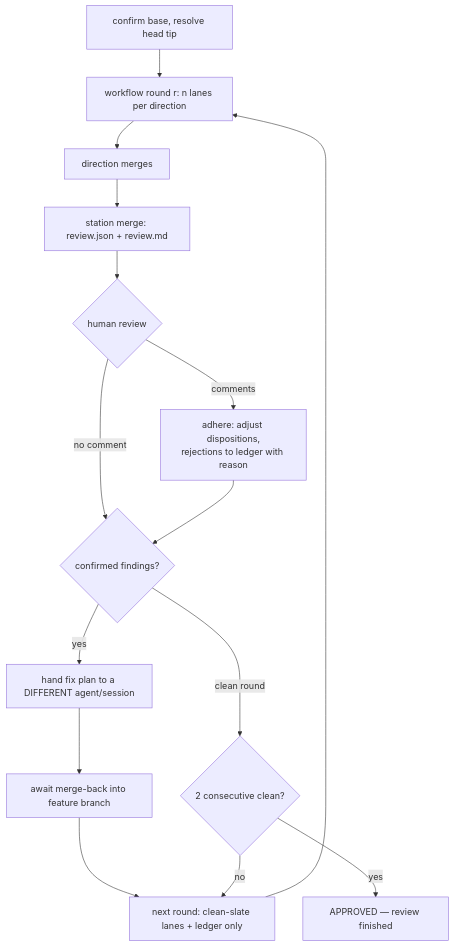
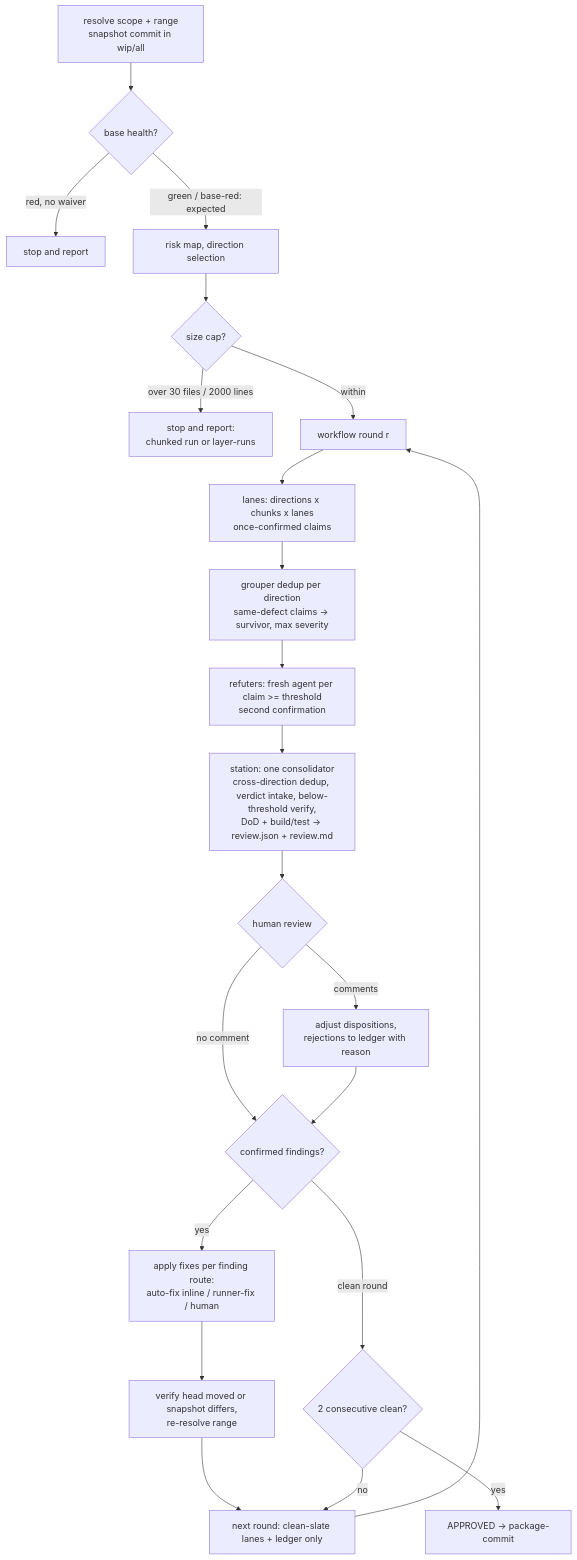
Before and after one commit to kevinhorst/smine: the diagram in skills/quality/railroad-review/SKILL.md, drawn with Mermaid. The commit also changed other lines of this file and 12 other files, not shown here.

Commit message:
skills.quality: added code-verdict, coverage-increase/dev-stack/diagnose-debug/railroad-review/spec-drift sync

````diff
--- a/skills/quality/railroad-review/SKILL.md
+++ b/skills/quality/railroad-review/SKILL.md
@@ -101,17 +188,24 @@
 ```mermaid
 flowchart TD
-    G[confirm base, resolve head tip] --> WF[workflow round r: n lanes per direction]
-    WF --> DM[direction merges]
-    DM --> SM[station merge: review.json + review.md]
+    G[resolve scope + range<br>snapshot commit in wip/all] --> BH{base health?}
+    BH -- red, no waiver --> STOP1[stop and report]
+    BH -- green / base-red: expected --> RM[risk map, direction selection]
+    RM --> SC{size cap?}
+    SC -- over 30 files / 2000 lines --> STOP2[stop and report:<br>chunked run or layer-runs]
+    SC -- within --> WF[workflow round r]
+    WF --> LN[lanes: directions x chunks x lanes<br>once-confirmed claims]
+    LN --> DD[grouper dedup per direction<br>same-defect claims -> survivor, max severity]
+    DD --> RF[refuters: fresh agent per claim >= threshold<br>second confirmation]
+    RF --> SM[station: one consolidator<br>cross-direction dedup, verdict intake, below-threshold verify,<br>DoD + build/test -> review.json + review.md]
     SM --> HG{human review}
-    HG -- comments --> ADH[adhere: adjust dispositions,<br>rejections to ledger with reason]
+    HG -- comments --> ADH[adjust dispositions,<br>rejections to ledger with reason]
     HG -- no comment --> DEC
     ADH --> DEC{confirmed findings?}
-    DEC -- yes --> HAND[hand fix plan to a DIFFERENT agent/session]
-    HAND --> WAIT[await merge-back into feature branch]
-    WAIT --> NEXT[next round: clean-slate lanes + ledger only]
+    DEC -- yes --> FIX[apply fixes per finding route:<br>auto-fix inline / runner-fix / human]
+    FIX --> VERIFY[verify head moved or snapshot differs,<br>re-resolve range]
+    VERIFY --> NEXT[next round: clean-slate lanes + ledger only]
     DEC -- clean round --> CNT{2 consecutive clean?}
     CNT -- no --> NEXT
     NEXT --> WF
-    CNT -- yes --> DONE[APPROVED — review finished]
+    CNT -- yes --> DONE[APPROVED -> package-commit]
 ```
````
